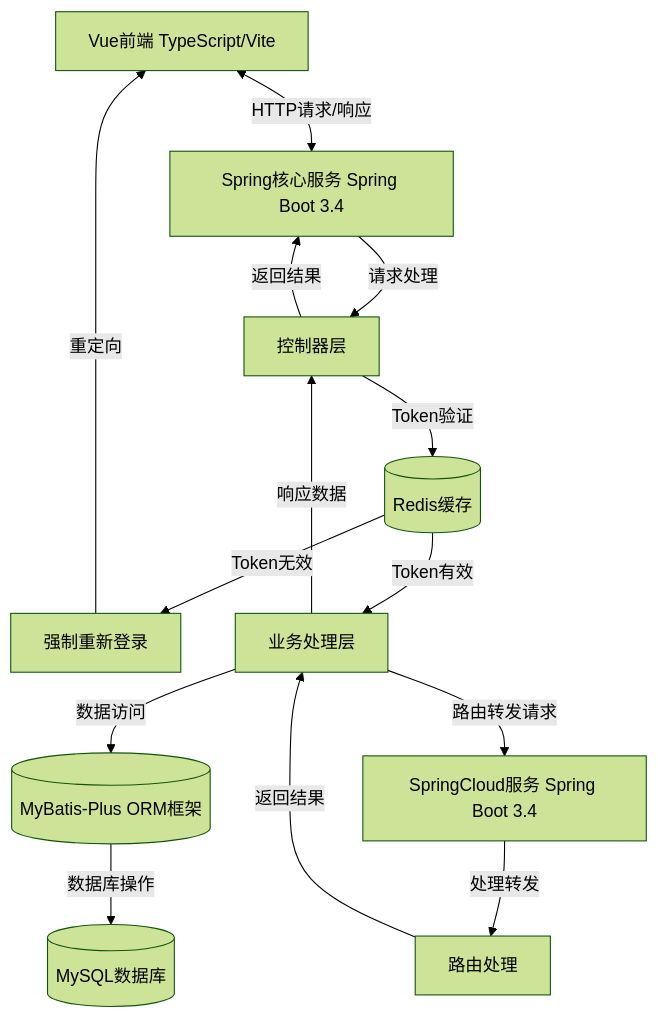
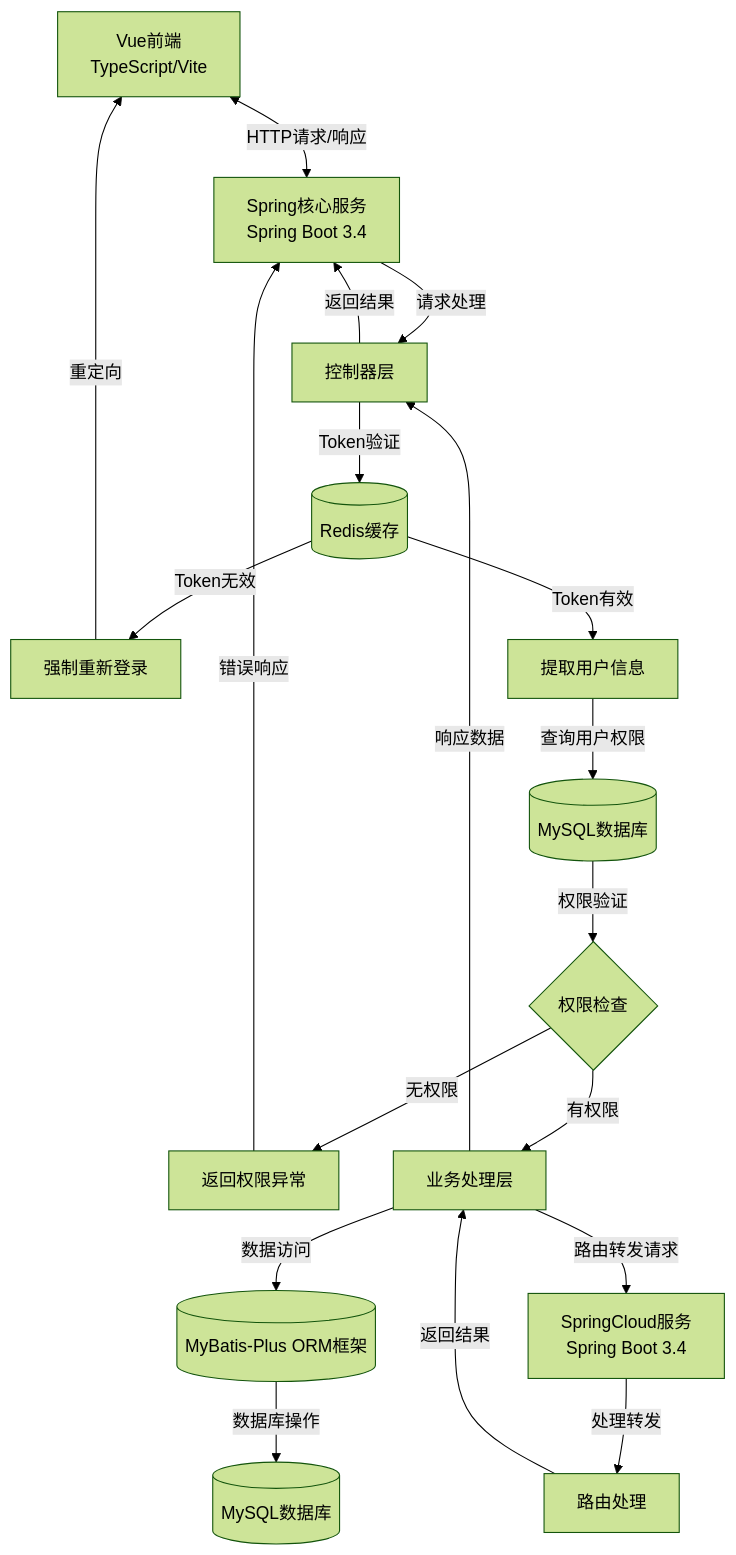
Before and after one commit to DavidHLP/PortalSystem: the first of 2 diagrams in README.md, drawn with Mermaid (forest theme). The commit also changed other lines of this file and 1 other file, not shown here.

````diff
--- a/README.md
+++ b/README.md
@@ -56,20 +87,30 @@
 ```mermaid
 graph TD
-    A[Vue前端 TypeScript/Vite] <-->|HTTP请求/响应| B[Spring核心服务 Spring Boot 3.4]
+    A[Vue前端
+    TypeScript/Vite] <-->|HTTP请求/响应| B[Spring核心服务
+    Spring Boot 3.4]
     B -->|请求处理| C[控制器层]
     C -->|Token验证| D[(Redis缓存)]
 
     D -->|Token无效| E[强制重新登录]
     E -->|重定向| A
 
-    D -->|Token有效| F[业务处理层]
-    F -->|数据访问| G[(MyBatis-Plus ORM框架)]
-    G -->|数据库操作| H[(MySQL数据库)]
+    D -->|Token有效| F[提取用户信息]
+    F -->|查询用户权限| G[(MySQL数据库)]
+    G -->|权限验证| H{权限检查}
 
-    F -->|路由转发请求| I[SpringCloud服务 Spring Boot 3.4]
-    I -->|处理转发| J[路由处理]
-    J -->|返回结果| F
+    H -->|无权限| I[返回权限异常]
+    I -->|错误响应| B
 
-    F -->|响应数据| C
+    H -->|有权限| J[业务处理层]
+    J -->|数据访问| K[(MyBatis-Plus ORM框架)]
+    K -->|数据库操作| L[(MySQL数据库)]
+
+    J -->|路由转发请求| M[SpringCloud服务
+    Spring Boot 3.4]
+    M -->|处理转发| N[路由处理]
+    N -->|返回结果| J
+
+    J -->|响应数据| C
     C -->|返回结果| B
 ```
````
